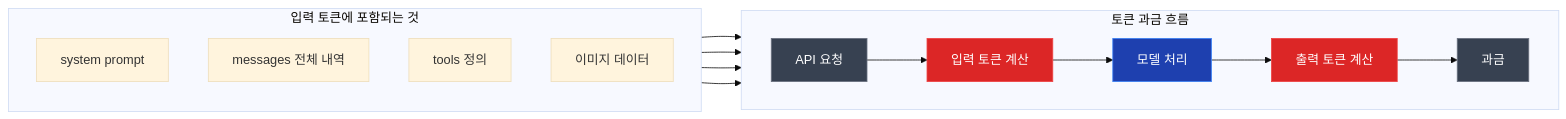
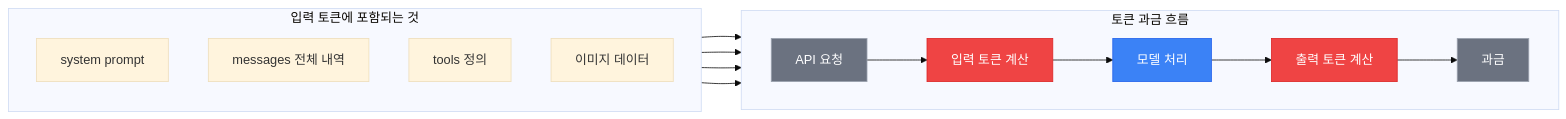
Before and after one commit to GYUTORY/YGSTUDY: the third of 6 diagrams in Develop/AI/Claude/Claude.md, drawn with Mermaid (base theme). The commit also changed other lines of this file, not shown here.

````diff
--- a/Develop/AI/Claude/Claude.md
+++ b/Develop/AI/Claude/Claude.md
@@ -256,29 +269,29 @@
 ```mermaid
 graph LR
     subgraph 토큰 과금 흐름
         direction LR
         REQ["API 요청"] --> INPUT["입력 토큰 계산"]
         INPUT --> PROC["모델 처리"]
         PROC --> OUTPUT["출력 토큰 계산"]
         OUTPUT --> BILL["과금"]
     end
 
     subgraph 입력 토큰에 포함되는 것
         direction TB
         I1["system prompt"]
         I2["messages 전체 내역"]
         I3["tools 정의"]
         I4["이미지 데이터"]
     end
 
     I1 --> INPUT
     I2 --> INPUT
     I3 --> INPUT
     I4 --> INPUT
 
-    style REQ fill:#374151,stroke:#6b7280,color:#fff
-    style INPUT fill:#dc2626,stroke:#ef4444,color:#fff
-    style OUTPUT fill:#dc2626,stroke:#ef4444,color:#fff
-    style PROC fill:#1e40af,stroke:#3b82f6,color:#fff
-    style BILL fill:#374151,stroke:#6b7280,color:#fff
+    style REQ fill:#6b7280,stroke:#9ca3af,color:#fff
+    style INPUT fill:#ef4444,stroke:#dc2626,color:#fff
+    style OUTPUT fill:#ef4444,stroke:#dc2626,color:#fff
+    style PROC fill:#3b82f6,stroke:#2563eb,color:#fff
+    style BILL fill:#6b7280,stroke:#9ca3af,color:#fff
 ```
````
